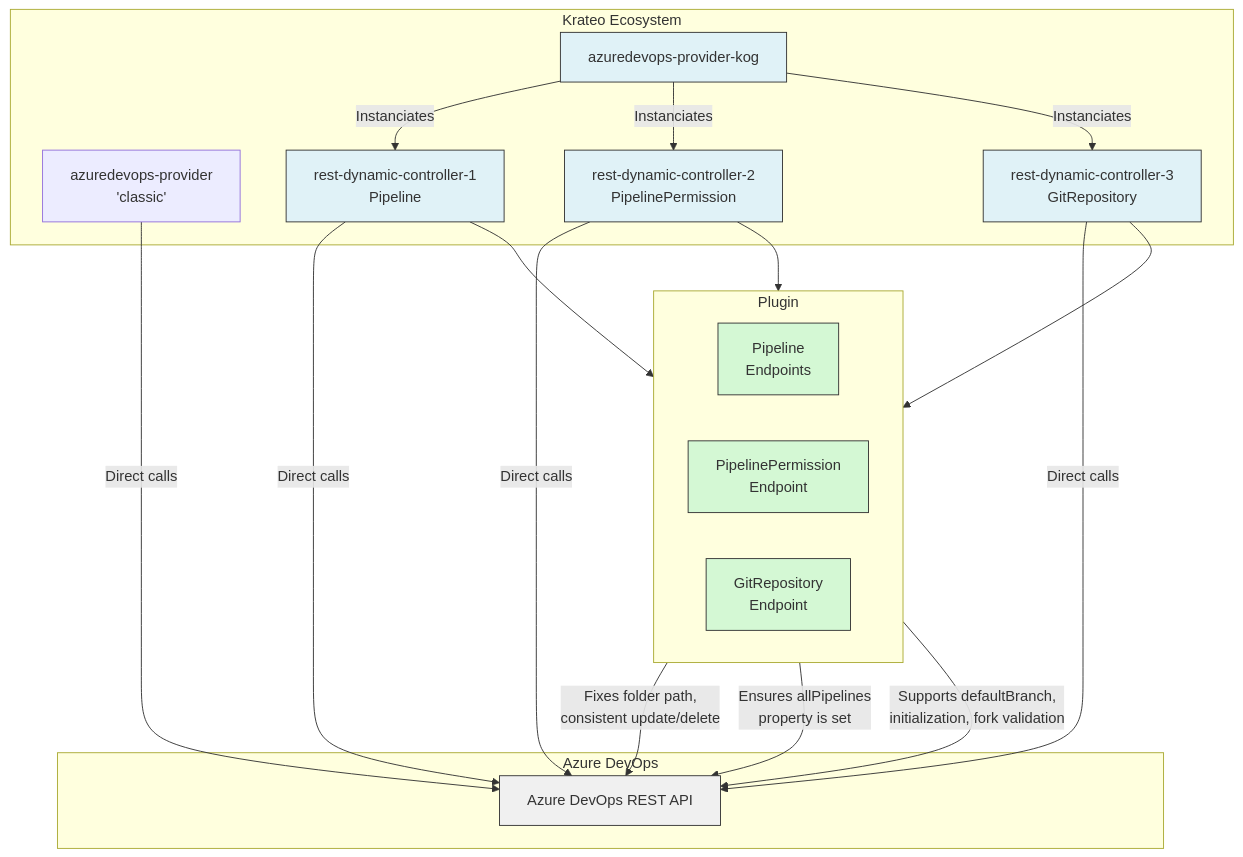
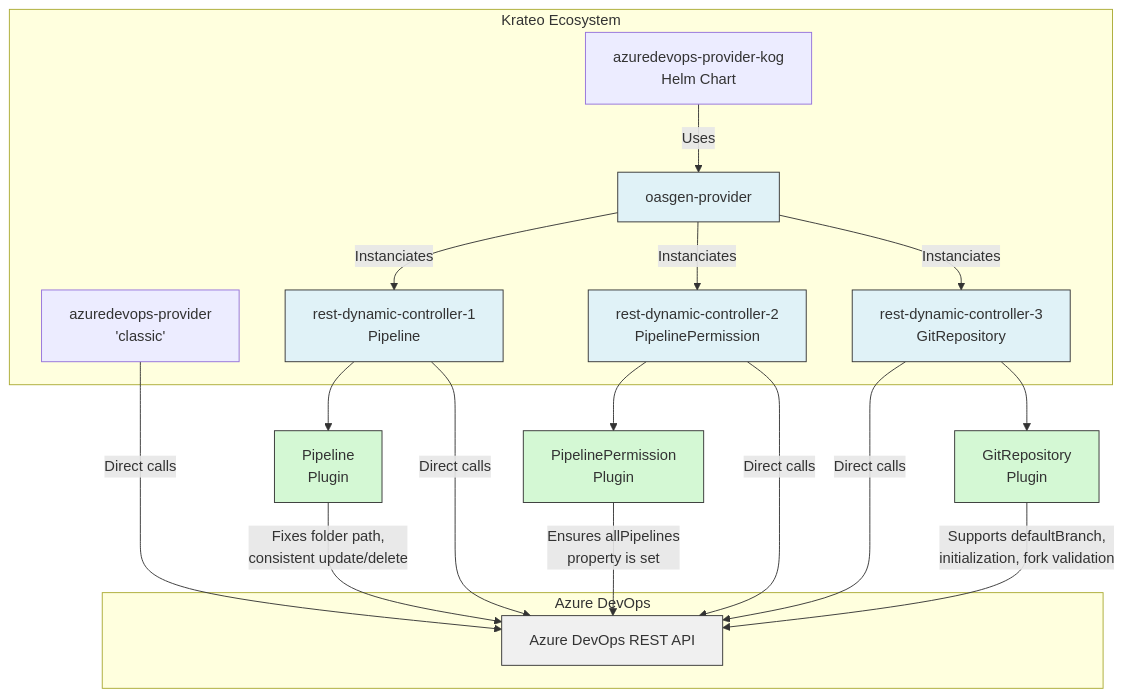
Before and after one commit to krateoplatformops-blueprints/azuredevops-provider-kog: the diagram in README.md, drawn with Mermaid. The commit also changed other lines of this file and 184 other files, not shown here.

````diff
--- a/README.md
+++ b/README.md
@@ -46,55 +68,52 @@
 ```mermaid
 graph TD
     %% Define node order early to influence layout
 
     APC -- Direct calls --> ADO_API
 
+    APC_KOG -- Uses --> KOG
+
     KOG -- Instanciates --> RDC1
     KOG -- Instanciates --> RDC2
     KOG -- Instanciates --> RDC3
 
-    
     RDC1 --> Pipeline
     RDC1 -- Direct calls --> ADO_API
 
     RDC2 --> PipelinePermission
     RDC2 -- Direct calls --> ADO_API
     
-    
     RDC3 -- Direct calls --> ADO_API
     RDC3 --> GitRepository
 
-    
     Pipeline -- "Fixes folder path,<br>consistent update/delete" --> ADO_API
     PipelinePermission -- "Ensures allPipelines<br>property is set" --> ADO_API
     GitRepository -- "Supports defaultBranch,<br>initialization, fork validation" --> ADO_API
 
     subgraph Krateo Ecosystem
         APC[azuredevops-provider <br> 'classic']
-        KOG[azuredevops-provider-kog]
+        APC_KOG[azuredevops-provider-kog <br> Helm Chart]
+        KOG[oasgen-provider]
         RDC1[rest-dynamic-controller-1 <br> Pipeline]
         RDC2[rest-dynamic-controller-2 <br> PipelinePermission]
         RDC3[rest-dynamic-controller-3 <br> GitRepository]
     end
 
-    subgraph "Plugin"
-        direction LR
-        Pipeline[Pipeline<br>Endpoints]
-        PipelinePermission[PipelinePermission<br>Endpoint]
-        GitRepository[GitRepository<br>Endpoint]
-    end
+    Pipeline[Pipeline<br>Plugin]
+    PipelinePermission[PipelinePermission<br>Plugin]
+    GitRepository[GitRepository<br>Plugin]
 
     subgraph Azure DevOps
         ADO_API[Azure DevOps REST API]
     end
 
     %% Styling
     style RDC1 fill:#e0f2f7,stroke:#333,stroke-width:1px
     style RDC2 fill:#e0f2f7,stroke:#333,stroke-width:1px
     style RDC3 fill:#e0f2f7,stroke:#333,stroke-width:1px
     style KOG fill:#e0f2f7,stroke:#333,stroke-width:1px
     style ADO_API fill:#f0f0f0,stroke:#333,stroke-width:1px
     style Pipeline fill:#d4f8d4,stroke:#333,stroke-width:1px
     style PipelinePermission fill:#d4f8d4,stroke:#333,stroke-width:1px
     style GitRepository fill:#d4f8d4,stroke:#333,stroke-width:1px
 ```
````
